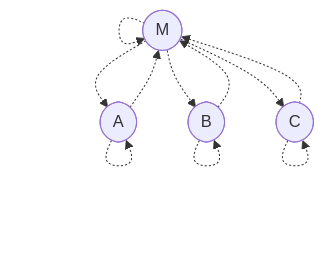
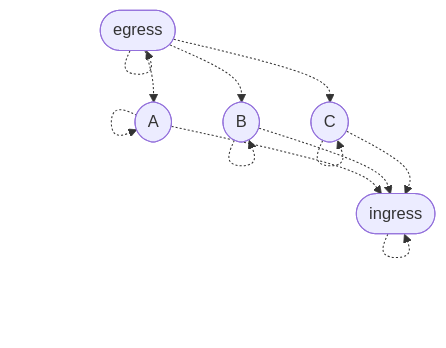
One commit to stepchowfun/proofs changed the tenth of 11 diagrams in proofs/AdmissibilityGraph/README.md. Above: the diagram before and after it, drawn with Mermaid. The commit also changed other lines of this file and 2 other files, not shown here.

Commit message:
Wordsmith the admissibility graph README

````diff
--- a/proofs/AdmissibilityGraph/README.md
+++ b/proofs/AdmissibilityGraph/README.md
@@ -210,19 +254,21 @@
 ```mermaid
 flowchart TD
-  m([M])
+  e([egress])
   a([A])
   b([B])
   c([C])
+  i([ingress])
 
-  m -.-> m
+  e -.-> e
   a -.-> a
   b -.-> b
   c -.-> c
+  i -.-> i
 
-  m -.-> a
-  a -.-> m
-  m -.-> b
-  b -.-> m
-  m -.-> c
-  c -.-> m
+  e -.-> a
+  e -.-> b
+  e -.-> c
+  a -.-> i
+  b -.-> i
+  c -.-> i
 ```
````
